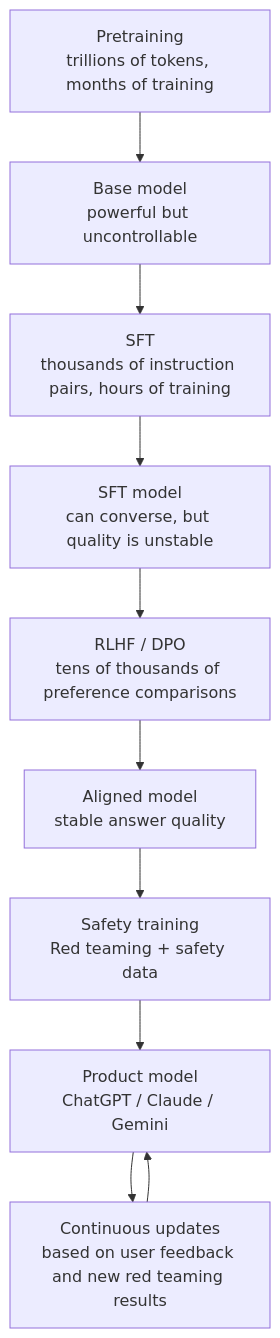
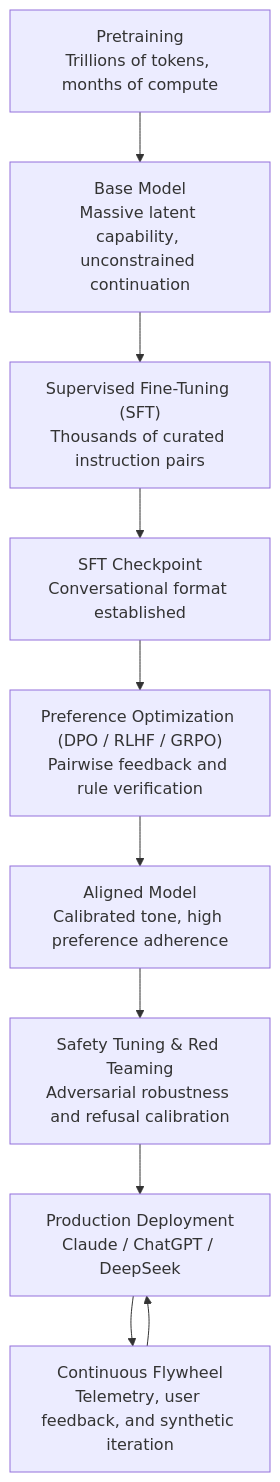
One commit to yingwang/thinking-in-llm changed the sixth of 7 diagrams in en/chapters/04-alignment.md. Above: the diagram before and after it, drawn with Mermaid. The commit also changed other lines of this file and 31 other files, not shown here.

````diff
--- a/en/chapters/04-alignment.md
+++ b/en/chapters/04-alignment.md
@@ -619,16 +558,12 @@
 ```mermaid
 graph TD
-    A["Pretraining<br/>trillions of tokens, months of training"] --> B["Base model<br/>powerful but uncontrollable"]
-
-    B --> C["SFT<br/>thousands of instruction pairs, hours of training"]
-    C --> D["SFT model<br/>can converse, but quality is unstable"]
-
-    D --> E["RLHF / DPO<br/>tens of thousands of preference comparisons"]
-    E --> F["Aligned model<br/>stable answer quality"]
-
-    F --> G["Safety training<br/>Red teaming + safety data"]
-    G --> H["Product model<br/>ChatGPT / Claude / Gemini"]
-
-    H --> I["Continuous updates<br/>based on user feedback and new red teaming results"]
+    A["Pretraining<br/>Trillions of tokens, months of compute"] --> B["Base Model<br/>Massive latent capability, unconstrained continuation"]
+    B --> C["Supervised Fine-Tuning (SFT)<br/>Thousands of curated instruction pairs"]
+    C --> D["SFT Checkpoint<br/>Conversational format established"]
+    D --> E["Preference Optimization (DPO / RLHF / GRPO)<br/>Pairwise feedback and rule verification"]
+    E --> F["Aligned Model<br/>Calibrated tone, high preference adherence"]
+    F --> G["Safety Tuning & Red Teaming<br/>Adversarial robustness and refusal calibration"]
+    G --> H["Production Deployment<br/>Claude / ChatGPT / DeepSeek"]
+    H --> I["Continuous Flywheel<br/>Telemetry, user feedback, and synthetic iteration"]
     I --> H
 ```
````
